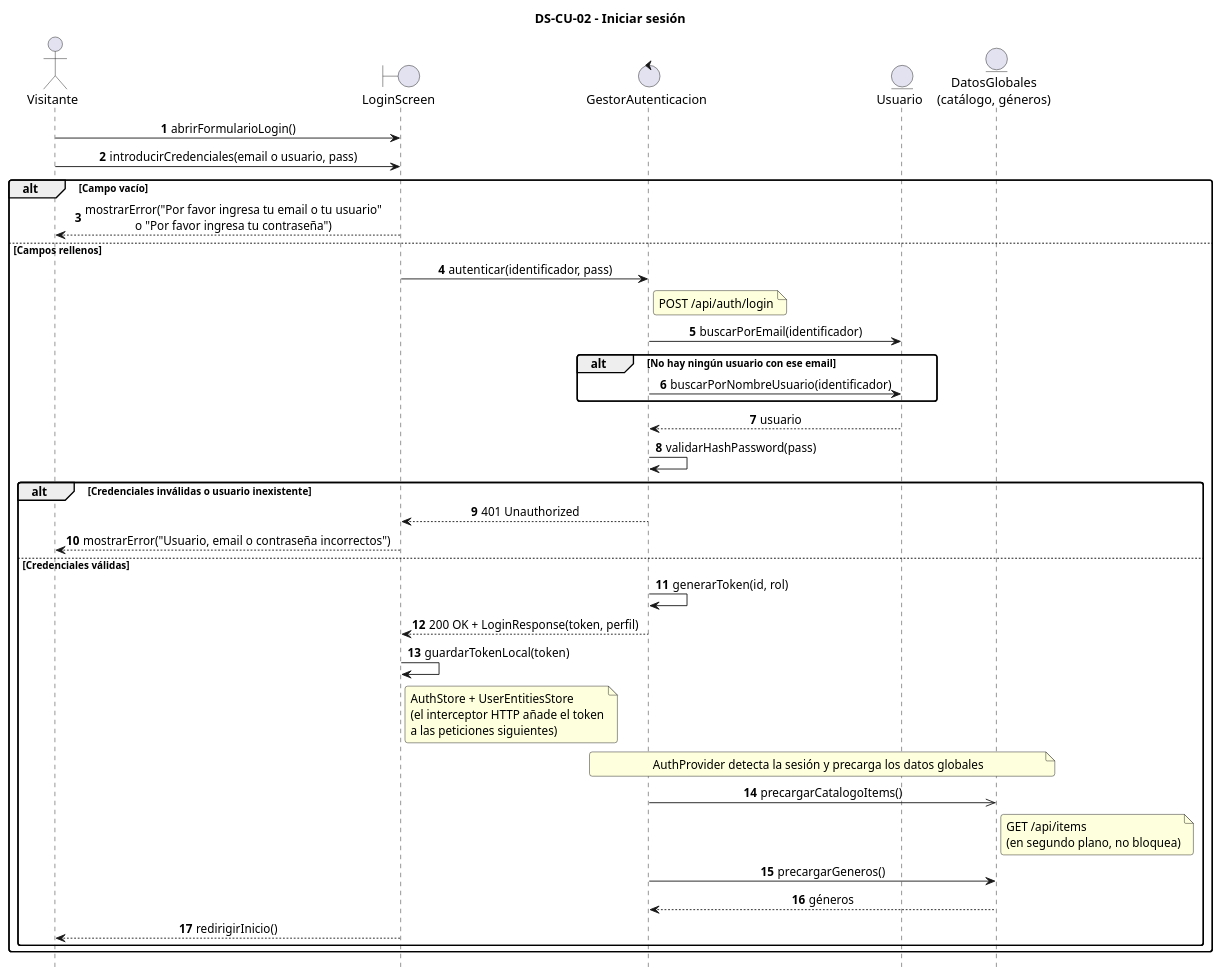
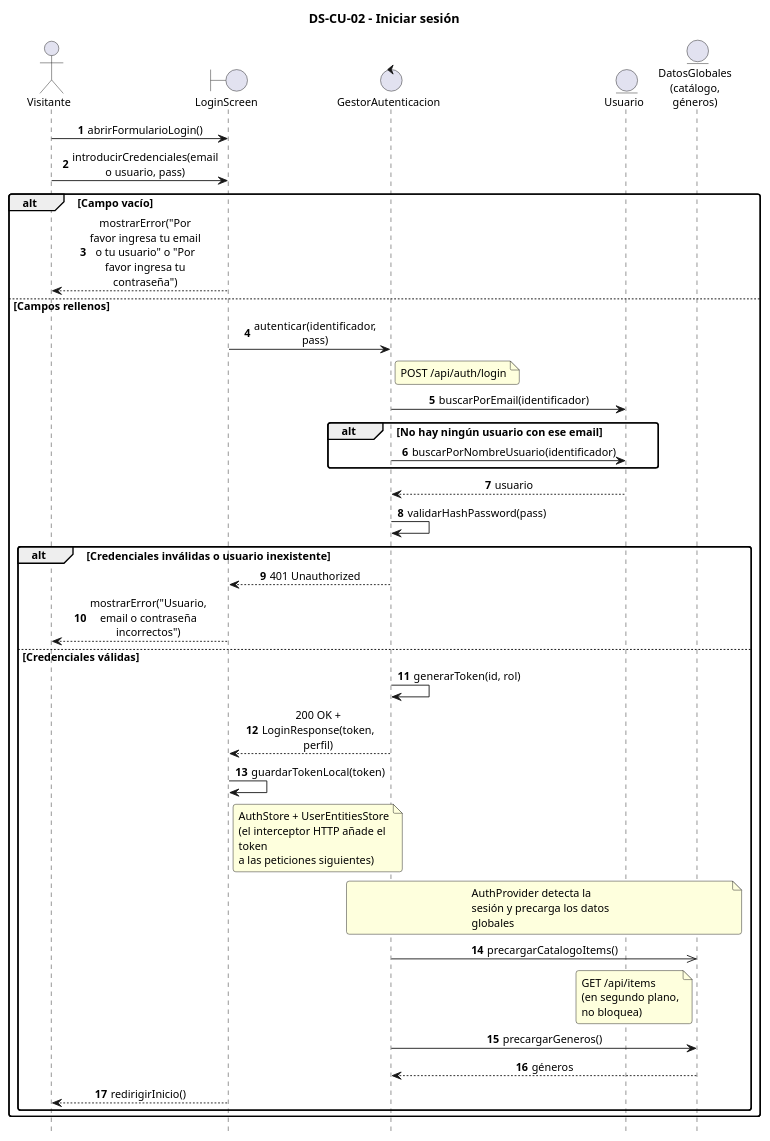
The diagram in diagrams/use_cases/description/CU02_iniciar_sesion.puml (adrianmahialoredo/TFG), drawn with PlantUML before and after one commit. The commit also changed 247 other files, not shown here.

```diff
--- a/diagrams/use_cases/description/CU02_iniciar_sesion.puml
+++ b/diagrams/use_cases/description/CU02_iniciar_sesion.puml
@@ -1,49 +1,54 @@
 @startuml DS-CU-02
 title DS-CU-02 - Iniciar sesión
 
 ' Diagrama de secuencia de análisis (patrón Boundary-Control-Entity)
 ' Fuentes: LoginScreen.tsx, AuthContext.tsx, auth.service.ts, AuthController.java, UserServiceImpl.java
 autonumber
 hide footbox
 skinparam sequenceMessageAlign center
 skinparam roundcorner 6
+skinparam maxMessageSize 130
+skinparam wrapWidth 170
+skinparam ParticipantPadding 2
+skinparam BoxPadding 2
+skinparam defaultFontSize 12
 
 actor "Visitante" as visitante
 boundary "LoginScreen" as pantalla
 control "GestorAutenticacion" as gestor
 entity "Usuario" as usuario
-entity "DatosGlobales\n(catálogo, géneros)" as datos
+entity "DatosGlobales\n(catálogo,\ngéneros)" as datos
 
 visitante -> pantalla : abrirFormularioLogin()
 visitante -> pantalla : introducirCredenciales(email o usuario, pass)
 
 alt Campo vacío
-    pantalla --> visitante : mostrarError("Por favor ingresa tu email o tu usuario"\no "Por favor ingresa tu contraseña")
+    pantalla --> visitante : mostrarError("Por favor ingresa tu email o tu usuario" o "Por favor ingresa tu contraseña")
 else Campos rellenos
     pantalla -> gestor : autenticar(identificador, pass)
     note right of gestor : POST /api/auth/login
     gestor -> usuario : buscarPorEmail(identificador)
     alt No hay ningún usuario con ese email
         gestor -> usuario : buscarPorNombreUsuario(identificador)
     end
     usuario --> gestor : usuario
     gestor -> gestor : validarHashPassword(pass)
 
     alt Credenciales inválidas o usuario inexistente
         gestor --> pantalla : 401 Unauthorized
         pantalla --> visitante : mostrarError("Usuario, email o contraseña incorrectos")
     else Credenciales válidas
         gestor -> gestor : generarToken(id, rol)
         gestor --> pantalla : 200 OK + LoginResponse(token, perfil)
         pantalla -> pantalla : guardarTokenLocal(token)
         note right of pantalla : AuthStore + UserEntitiesStore\n(el interceptor HTTP añade el token\na las peticiones siguientes)
         note over gestor, datos : AuthProvider detecta la sesión y precarga los datos globales
         gestor ->> datos : precargarCatalogoItems()
-        note right of datos : GET /api/items\n(en segundo plano, no bloquea)
+        note left of datos : GET /api/items\n(en segundo plano,\nno bloquea)
         gestor -> datos : precargarGeneros()
         datos --> gestor : géneros
         pantalla --> visitante : redirigirInicio()
     end
 end
 
 @enduml
```
